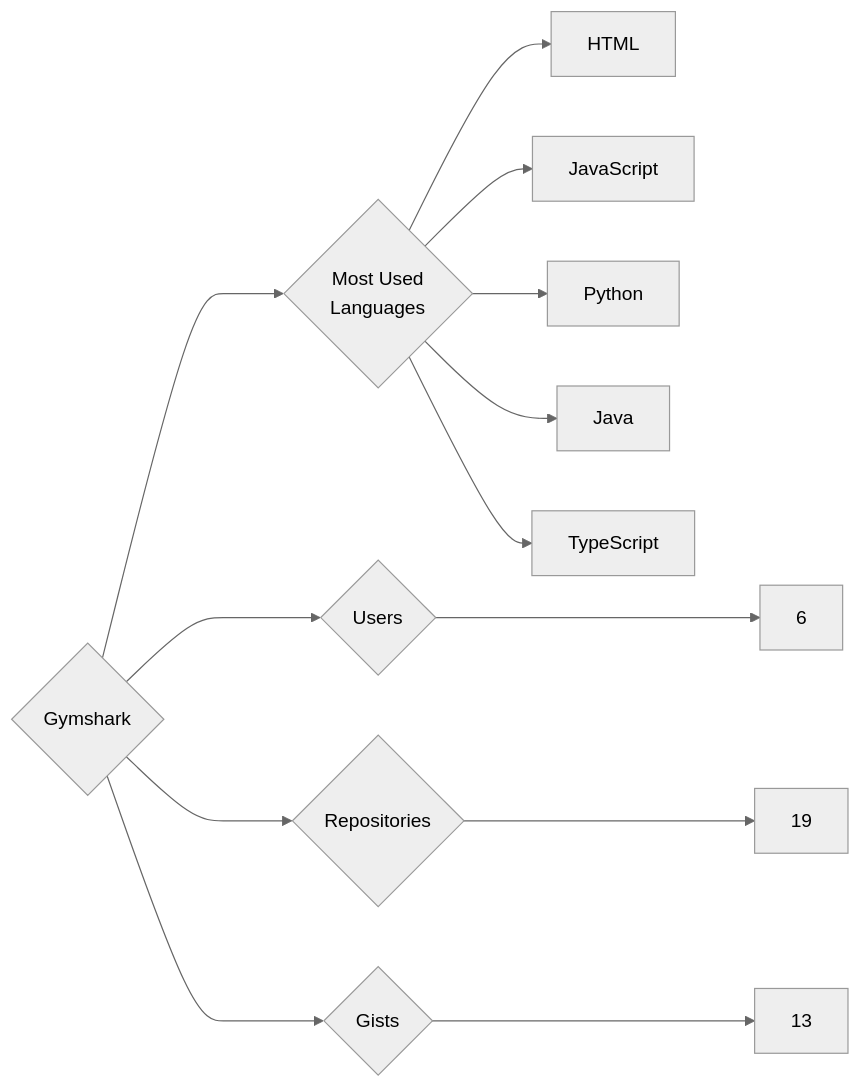
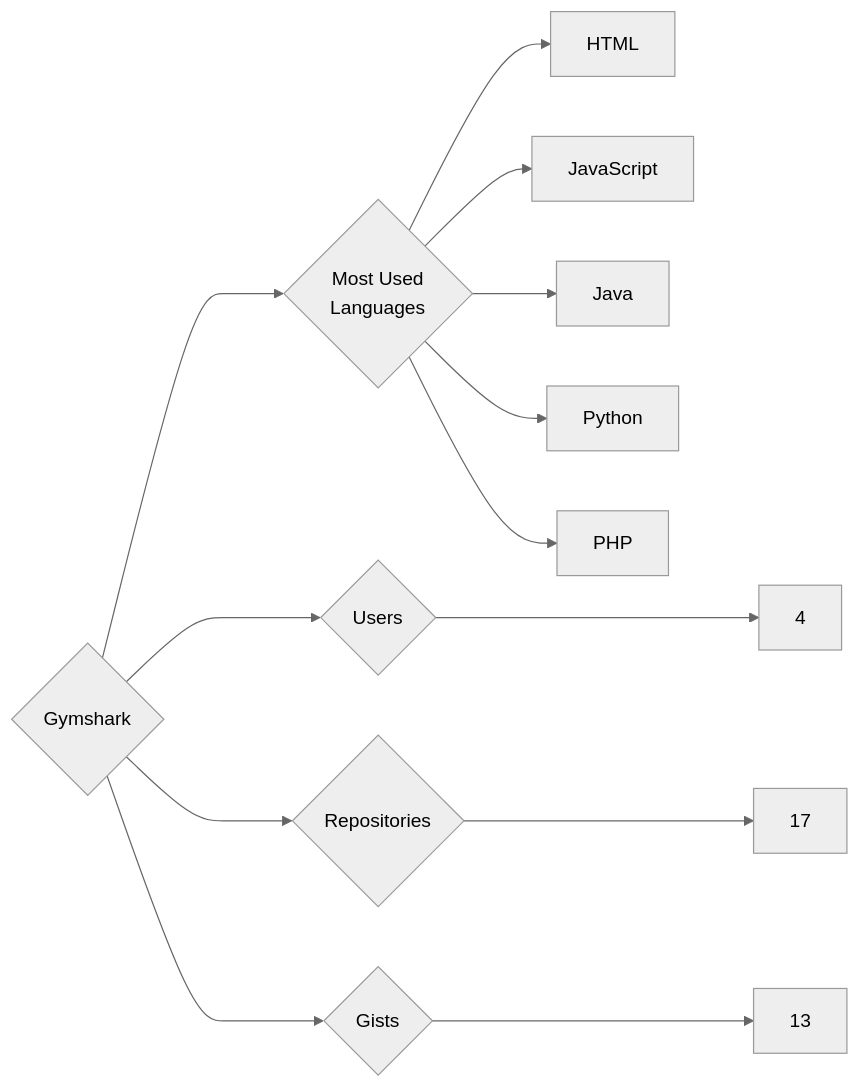
One commit to trickest/insiders changed the diagram in targets/Gymshark/README.md. Above: the diagram before and after it, drawn with Mermaid (neutral theme). The commit also changed 1175 other files, not shown here.

````diff
--- a/targets/Gymshark/README.md
+++ b/targets/Gymshark/README.md
@@ -3,13 +3,13 @@
 ```mermaid
 graph LR
 COMPANY_NAME{Gymshark}
-COMPANY_NAME ---> U{Users} ---> UN[6]
-COMPANY_NAME ---> R{Repositories} ---> RN[19]
+COMPANY_NAME ---> U{Users} ---> UN[4]
+COMPANY_NAME ---> R{Repositories} ---> RN[17]
 COMPANY_NAME ---> G{Gists} ---> GN[13]
 COMPANY_NAME ---> ML{Most Used<br>Languages}
 ML --> HTML[HTML]
 ML --> JavaScript[JavaScript]
+ML --> Java[Java]
 ML --> Python[Python]
-ML --> Java[Java]
-ML --> TypeScript[TypeScript]
+ML --> PHP[PHP]
 ```
````
